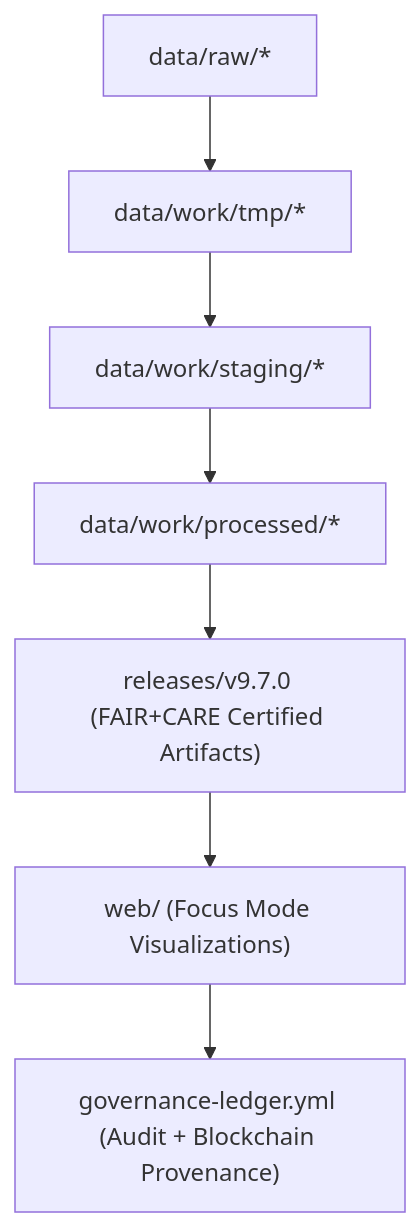
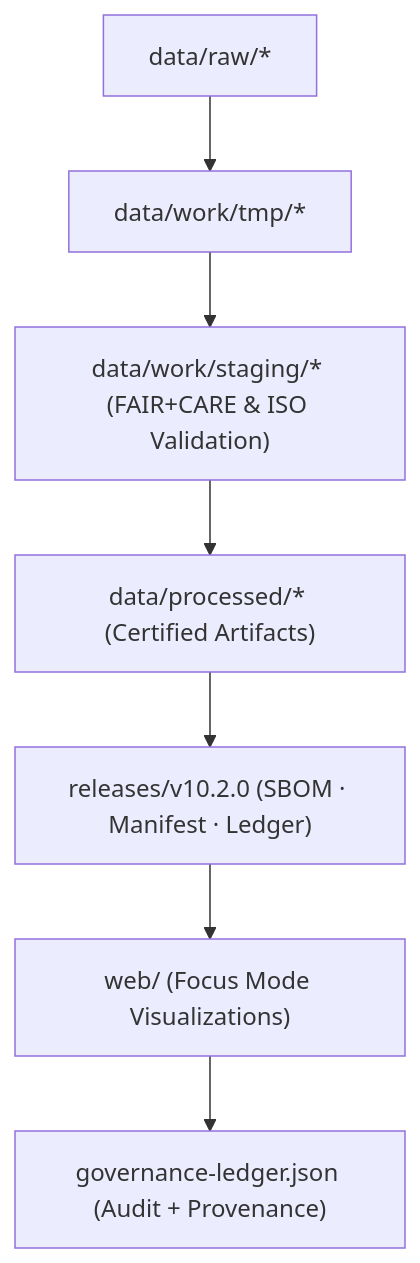
Before and after one commit to bartytime4life/Kansas-Frontier-Matrix: the diagram in docs/architecture/repo-focus.md, drawn with Mermaid. The commit also changed other lines of this file, not shown here.

````diff
--- a/docs/architecture/repo-focus.md
+++ b/docs/architecture/repo-focus.md
@@ -81,9 +84,9 @@
 ```mermaid
 flowchart TD
     A["data/raw/*"] --> B["data/work/tmp/*"]
-    B --> C["data/work/staging/*"]
-    C --> D["data/work/processed/*"]
-    D --> E["releases/v9.7.0 (FAIR+CARE Certified Artifacts)"]
+    B --> C["data/work/staging/* (FAIR+CARE & ISO Validation)"]
+    C --> D["data/processed/* (Certified Artifacts)"]
+    D --> E["releases/v10.2.0 (SBOM · Manifest · Ledger)"]
     E --> F["web/ (Focus Mode Visualizations)"]
-    F --> G["governance-ledger.yml (Audit + Blockchain Provenance)"]
+    F --> G["governance-ledger.json (Audit + Provenance)"]
 ```
````
